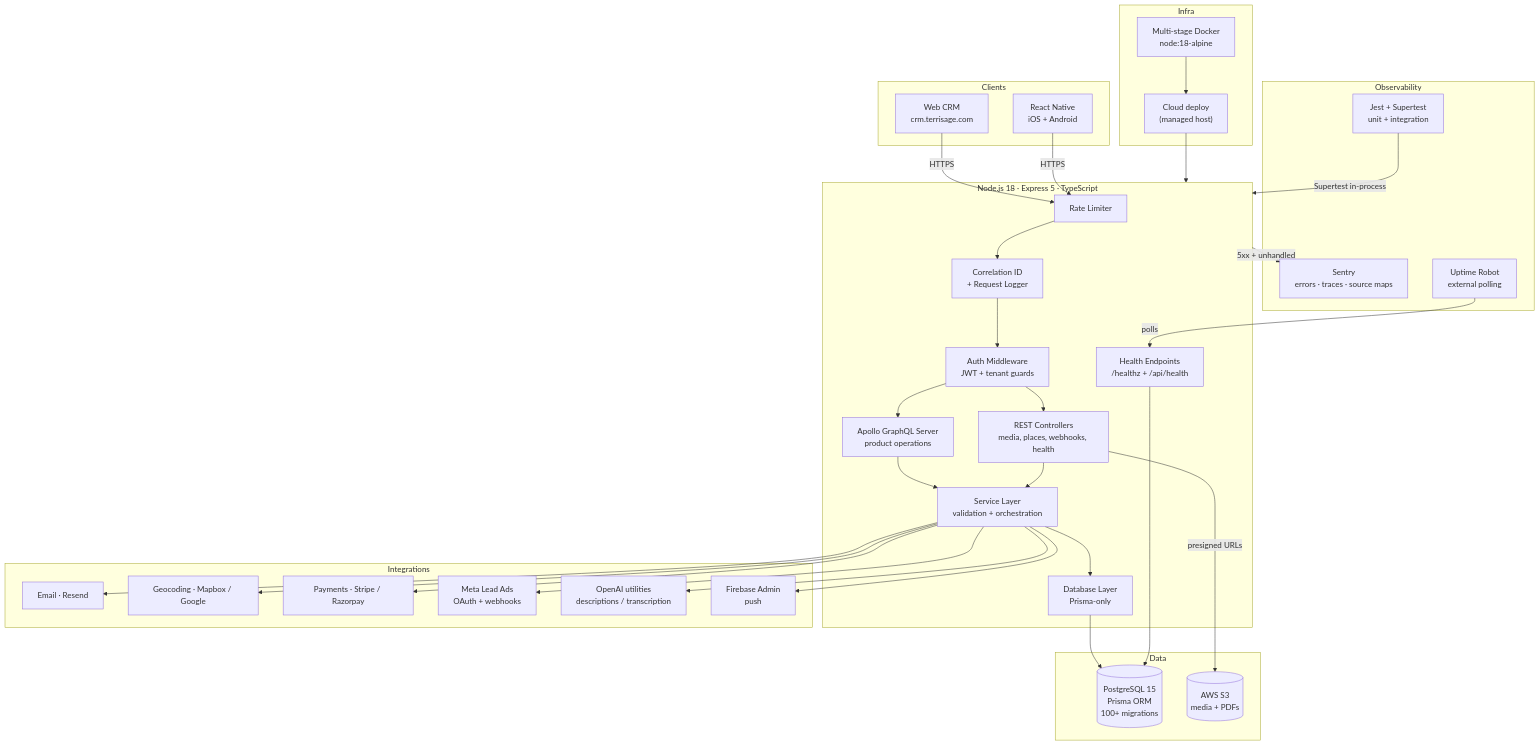
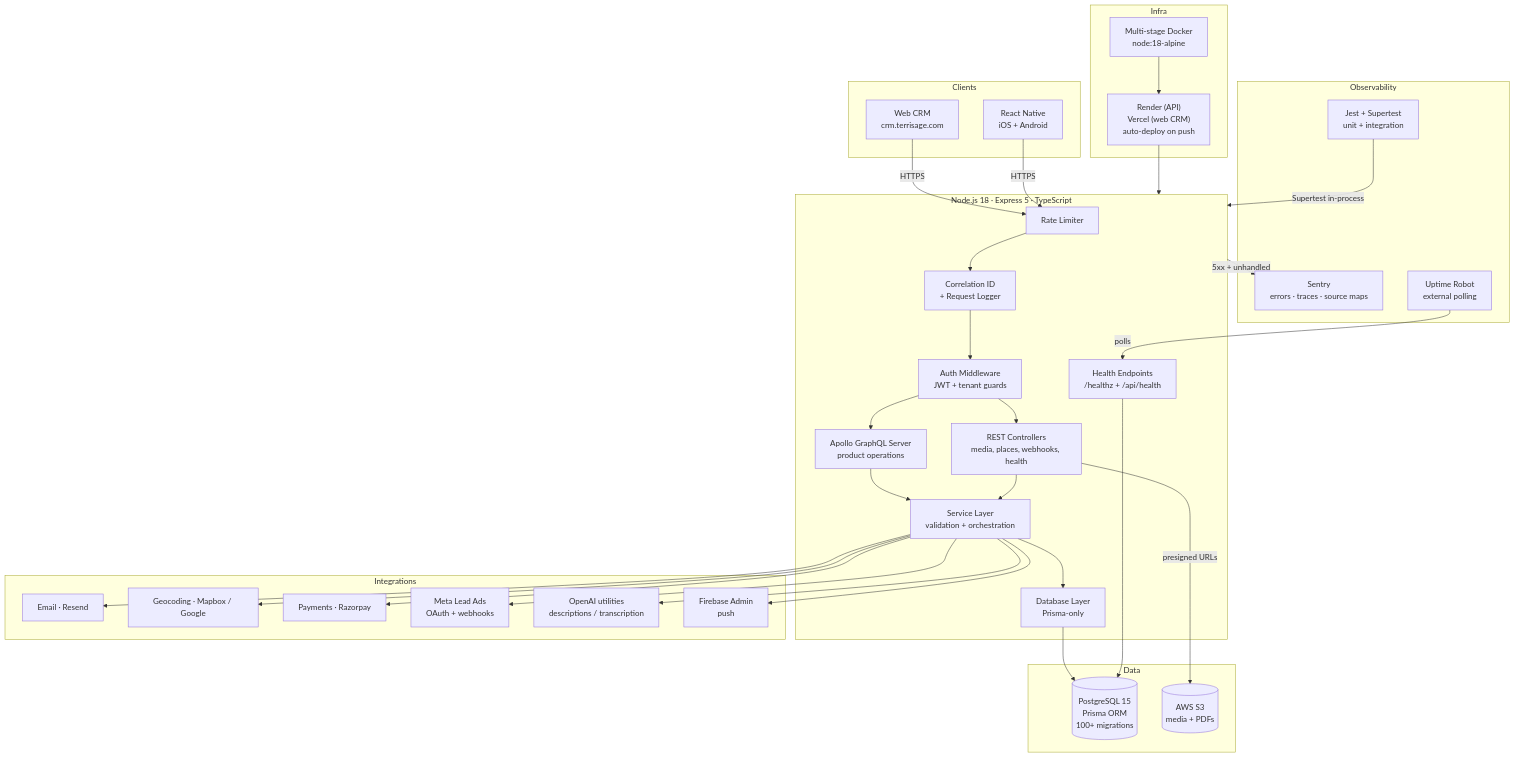
One commit to Mohak-Tripathi/terrisage-architecture changed the diagram in README.md. Above: the diagram before and after it, drawn with Mermaid. The commit also changed other lines of this file, not shown here.

````diff
--- a/README.md
+++ b/README.md
@@ -67,67 +67,67 @@
 ```mermaid
 graph TB
     subgraph Clients
         WEB["Web CRM<br/>crm.terrisage.com"]
         MOB["React Native<br/>iOS + Android"]
     end
 
     subgraph API["Node.js 18 · Express 5 · TypeScript"]
         RL[Rate Limiter]
         CID["Correlation ID<br/>+ Request Logger"]
         AUTH["Auth Middleware<br/>JWT + tenant guards"]
         GQL["Apollo GraphQL Server<br/>product operations"]
         REST["REST Controllers<br/>media, places, webhooks, health"]
         SVC["Service Layer<br/>validation + orchestration"]
         DBL["Database Layer<br/>Prisma-only"]
         HEALTH["Health Endpoints<br/>/healthz + /api/health"]
     end
 
     subgraph Data
         PG[("PostgreSQL 15<br/>Prisma ORM<br/>100+ migrations")]
         S3[("AWS S3<br/>media + PDFs")]
     end
 
     subgraph Integrations
         EMAIL["Email · Resend"]
         MAPS["Geocoding · Mapbox / Google"]
-        PAY["Payments · Stripe / Razorpay"]
+        PAY["Payments · Razorpay"]
         META["Meta Lead Ads<br/>OAuth + webhooks"]
         AI["OpenAI utilities<br/>descriptions / transcription"]
         FBASE["Firebase Admin<br/>push"]
     end
 
     subgraph Observability
         SENTRY["Sentry<br/>errors · traces · source maps"]
         UPTIME["Uptime Robot<br/>external polling"]
         TESTS["Jest + Supertest<br/>unit + integration"]
     end
 
     subgraph Infra
         DOCKER["Multi-stage Docker<br/>node:18-alpine"]
-        DEPLOY["Cloud deploy<br/>(managed host)"]
+        DEPLOY["Render (API)<br/>Vercel (web CRM)<br/>auto-deploy on push"]
     end
 
     WEB -->|HTTPS| RL
     MOB -->|HTTPS| RL
     RL --> CID --> AUTH
     AUTH --> GQL
     AUTH --> REST
     GQL --> SVC
     REST --> SVC
     SVC --> DBL --> PG
     HEALTH --> PG
     REST -->|presigned URLs| S3
 
     SVC --> EMAIL
     SVC --> PAY
     SVC --> MAPS
     SVC --> META
     SVC --> AI
     SVC --> FBASE
 
     API -->|5xx + unhandled| SENTRY
     UPTIME -->|polls| HEALTH
     TESTS -->|Supertest in-process| API
     DOCKER --> DEPLOY
     DEPLOY --> API
 ```
````
